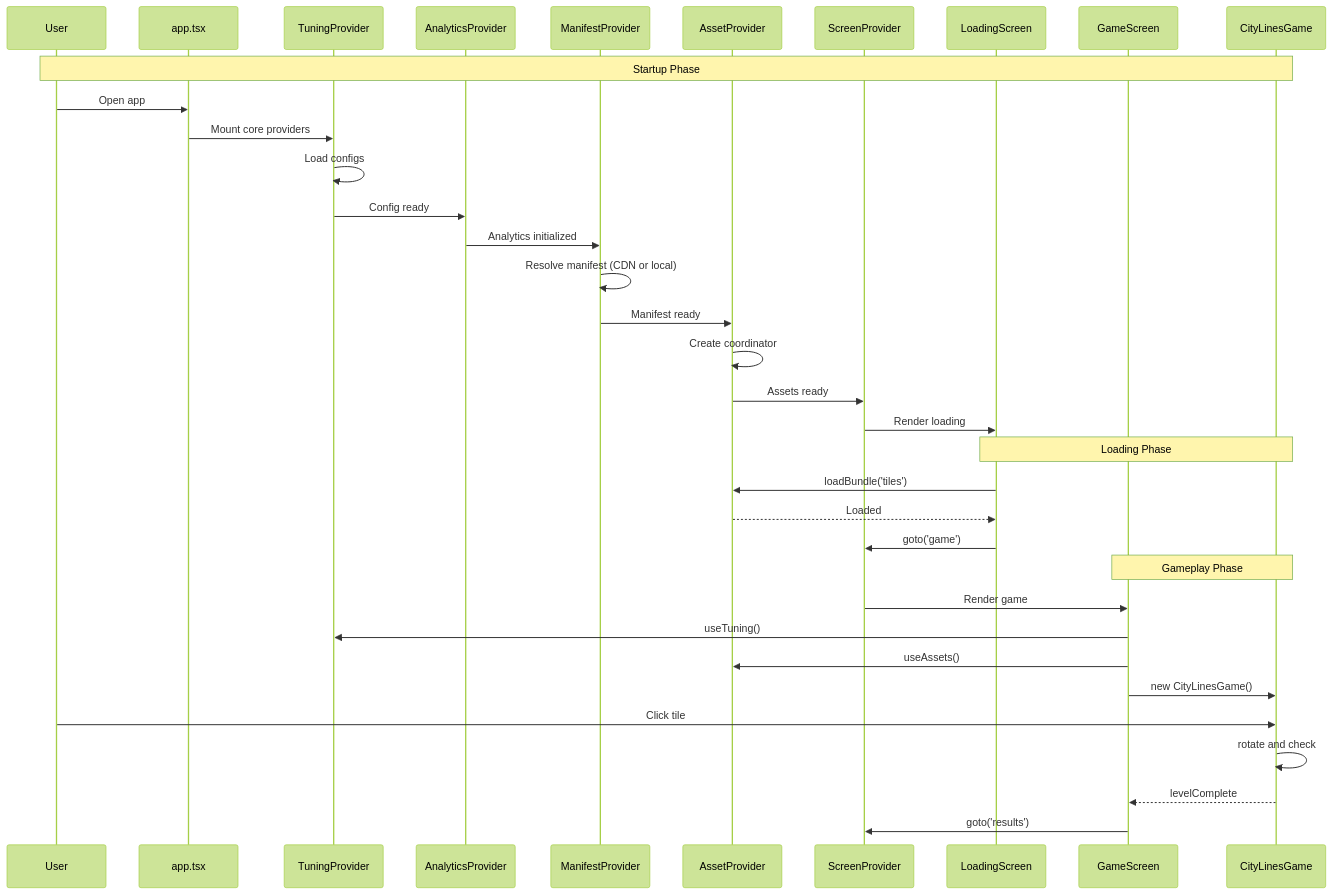
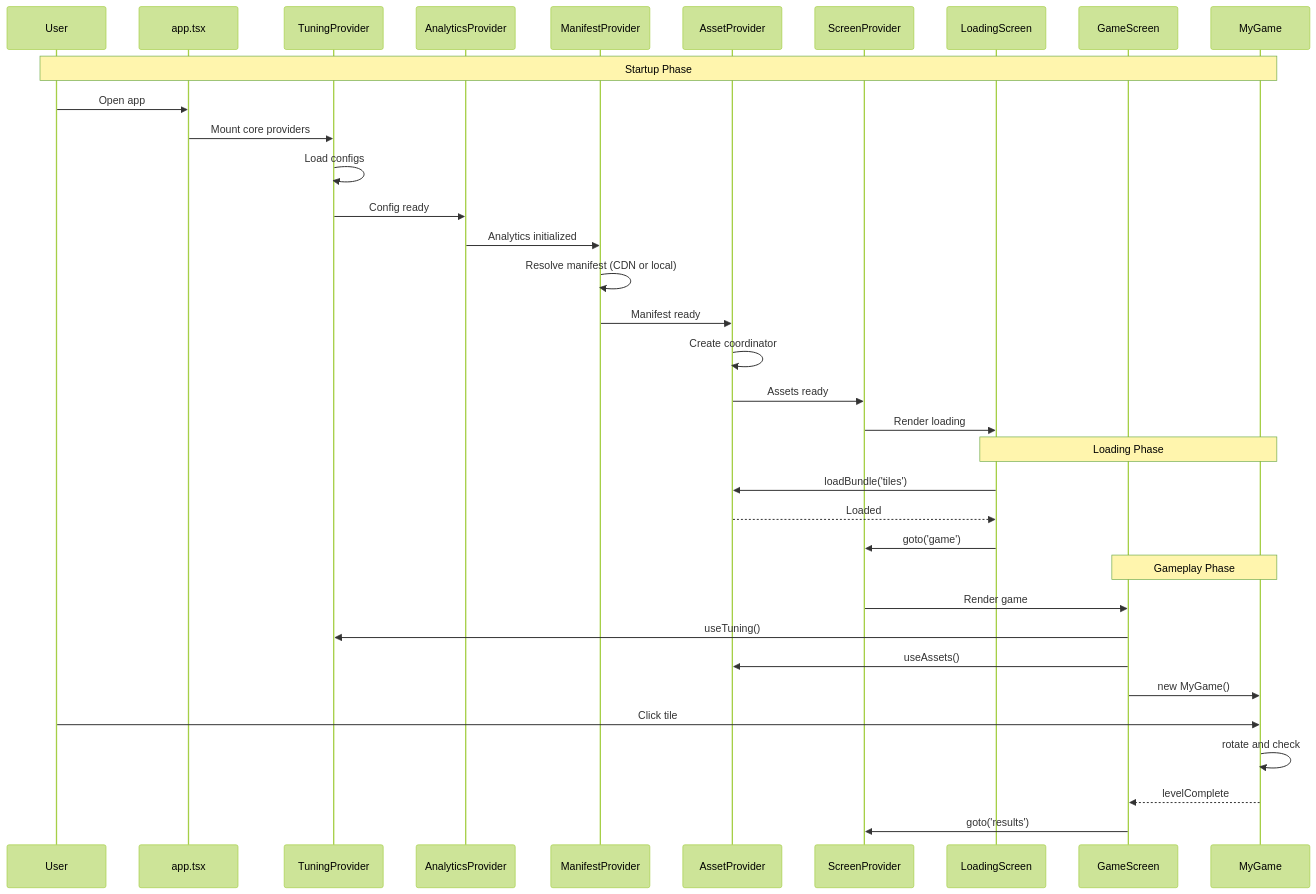
Before and after one commit to WilliamWolf2026/template-amino_hidden_test1: the sixth of 9 diagrams in docs/core/architecture.md, drawn with Mermaid (forest theme). The commit also changed other lines of this file and 6 other files, not shown here.

First line of the commit message:
docs: clean up stale Scaffold/CityLines references in 7 target docs

````diff
--- a/docs/core/architecture.md
+++ b/docs/core/architecture.md
@@ -728,41 +683,41 @@
 ```mermaid
 sequenceDiagram
     participant U as User
     participant APP as app.tsx
     participant TP as TuningProvider
     participant ANP as AnalyticsProvider
     participant MP as ManifestProvider
     participant AP as AssetProvider
     participant SP as ScreenProvider
     participant LS as LoadingScreen
     participant GS as GameScreen
-    participant CLG as CityLinesGame
+    participant CLG as MyGame
 
     Note over U,CLG: Startup Phase
     U->>APP: Open app
     APP->>TP: Mount core providers
     TP->>TP: Load configs
     TP->>ANP: Config ready
     ANP->>MP: Analytics initialized
     MP->>MP: Resolve manifest (CDN or local)
     MP->>AP: Manifest ready
     AP->>AP: Create coordinator
     AP->>SP: Assets ready
     SP->>LS: Render loading
 
     Note over LS,CLG: Loading Phase
     LS->>AP: loadBundle('tiles')
     AP-->>LS: Loaded
     LS->>SP: goto('game')
 
     Note over GS,CLG: Gameplay Phase
     SP->>GS: Render game
     GS->>TP: useTuning()
     GS->>AP: useAssets()
-    GS->>CLG: new CityLinesGame()
+    GS->>CLG: new MyGame()
 
     U->>CLG: Click tile
     CLG->>CLG: rotate and check
     CLG-->>GS: levelComplete
     GS->>SP: goto('results')
 ```
````
